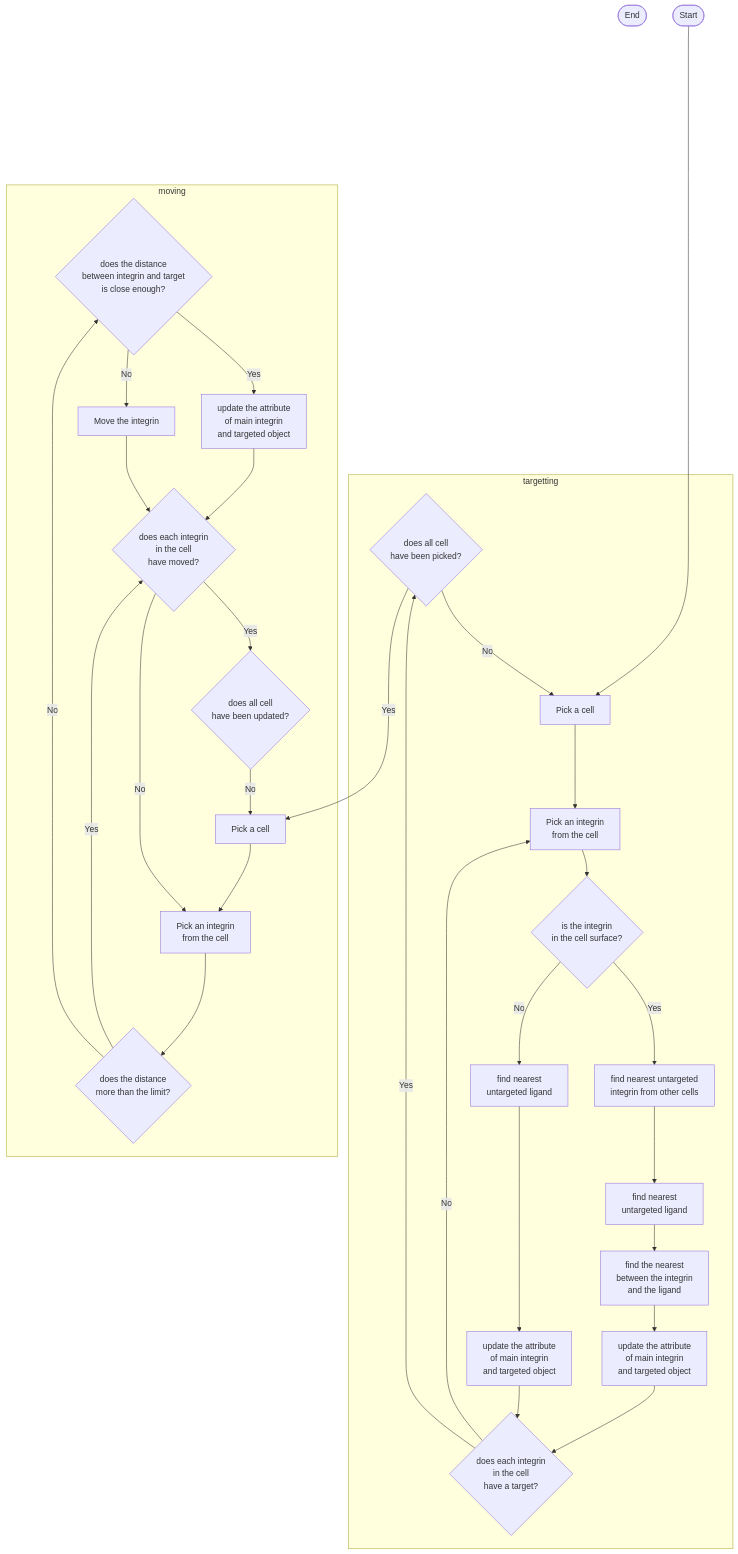
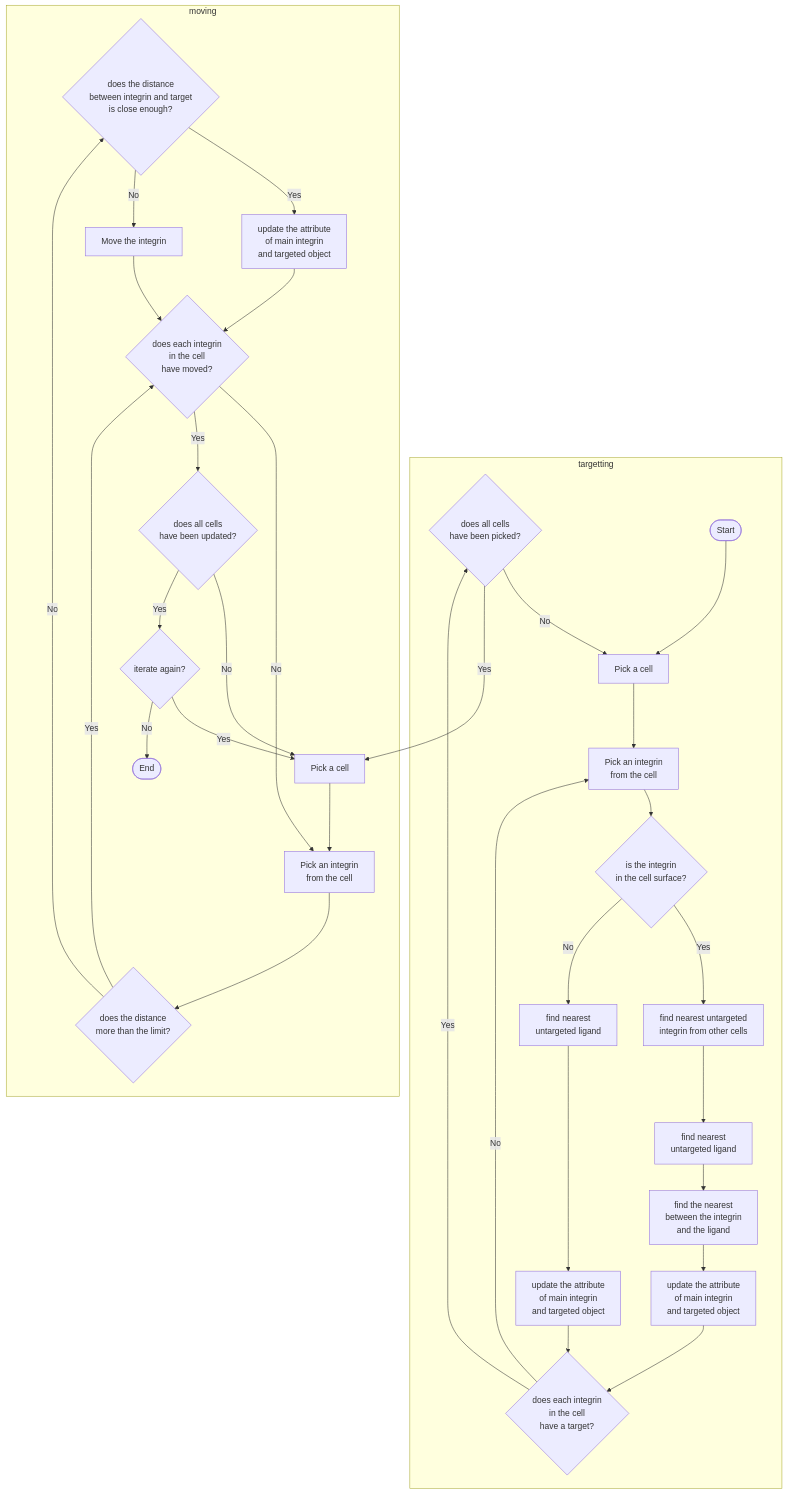
The diagram in simulationflow.md (azfairuza/stemcell), drawn with Mermaid before and after one commit. The commit also changed other lines of this file, not shown here.

Commit message:
finishing simulation flow

````diff
--- a/simulationflow.md
+++ b/simulationflow.md
@@ -10,64 +10,65 @@
 ```mermaid
   flowchart TD
   %% components of the flowchart
   checkBounding1{does the distance </br> between integrin and target </br> is close enough?}
-  checkCell1{does all cell </br> have been picked?}
-  checkCell2{does all cell </br> have been updated?}
+  checkCell1{does all cells </br> have been picked?}
+  checkCell2{does all cells </br> have been updated?}
   checkDistance1{does the distance </br> more than the limit?}
   checkIntegrin1{does each integrin </br> in the cell  </br> have a target?}
   checkIntegrin2{does each integrin </br> in the cell  </br> have moved?}
   compare1[find the nearest </br> between the integrin </br> and the ligand]
   End([End])
   getCell1[Pick a cell]
   getCell2[Pick a cell]
   getIntegrin1[Pick an integrin </br> from the cell]
   getIntegrin2[find nearest untargeted </br> integrin from other cells]
   getIntegrin3[Pick an integrin </br> from the cell]
   checkSurface{is the integrin </br> in the cell surface?}
   getLigand1[find nearest </br> untargeted ligand]
   getLigand2[find nearest </br> untargeted ligand]
+  iterate1{iterate again?}
   Move1[Move the integrin] 
   Start([Start]) 
   update1[update the attribute </br> of main integrin </br> and targeted object]
   update2[update the attribute </br> of main integrin </br> and targeted object]
   update3[update the attribute </br> of main integrin </br> and targeted object]
   
   
   
   %% relations of the flowchart
-  Start ----------> getCell1
   
   subgraph targetting
+  Start --> getCell1
   getCell1 --> getIntegrin1
   getIntegrin1 --> checkSurface
   checkSurface --> |Yes| getIntegrin2
   getIntegrin2 --> getLigand1
   getLigand1 --> compare1
   compare1 --> update1
   update1 --> checkIntegrin1
   checkIntegrin1 --> |No| getIntegrin1
   checkSurface --> |No| getLigand2
   getLigand2 ----> update2
   update2 --> checkIntegrin1
   checkIntegrin1 --> |Yes| checkCell1
   checkCell1 --> |No| getCell1
   end
   
   subgraph moving
   checkCell1 ---> |Yes| getCell2
   getCell2 --> getIntegrin3
   getIntegrin3 --> checkDistance1
   checkDistance1 --> |Yes| checkIntegrin2
   checkDistance1 --> |No| checkBounding1
   checkBounding1 --> |Yes| update3
   update3 --> checkIntegrin2
   checkBounding1 --> |No| Move1
   Move1 --> checkIntegrin2
   checkIntegrin2 --> |No| getIntegrin3
   checkIntegrin2 --> |Yes| checkCell2
   checkCell2 --> |No| getCell2
-
-  end
-  
-  
+  checkCell2 --> |Yes| iterate1
+  iterate1 --> |Yes| getCell2
+  iterate1 --> |No| End
+  end  
 ```
````
